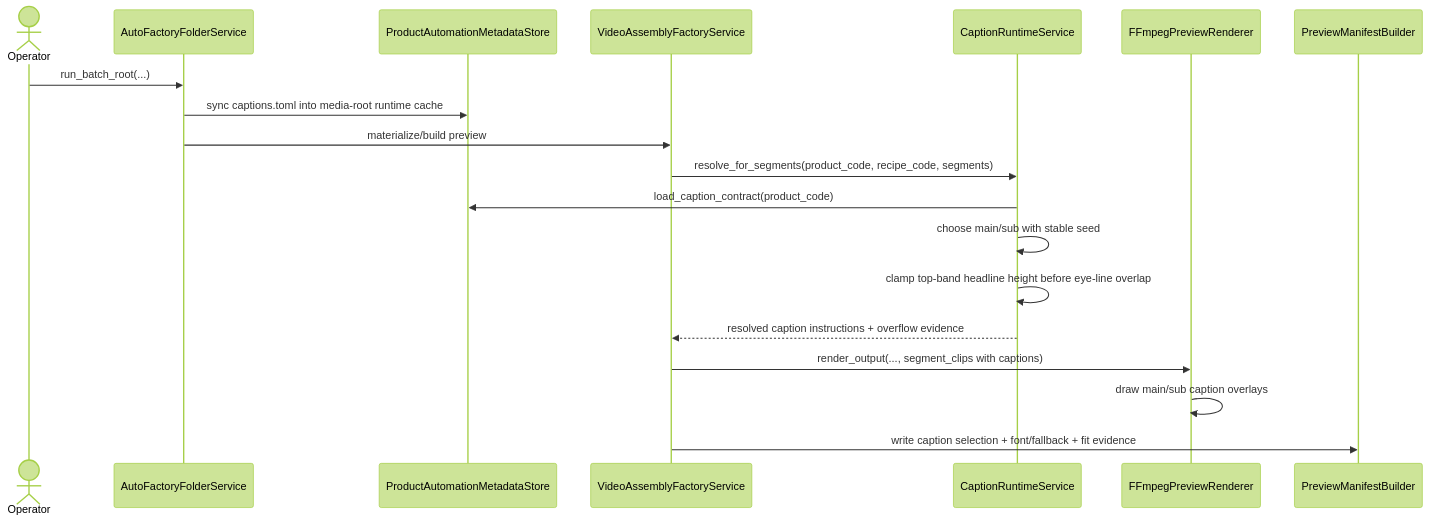
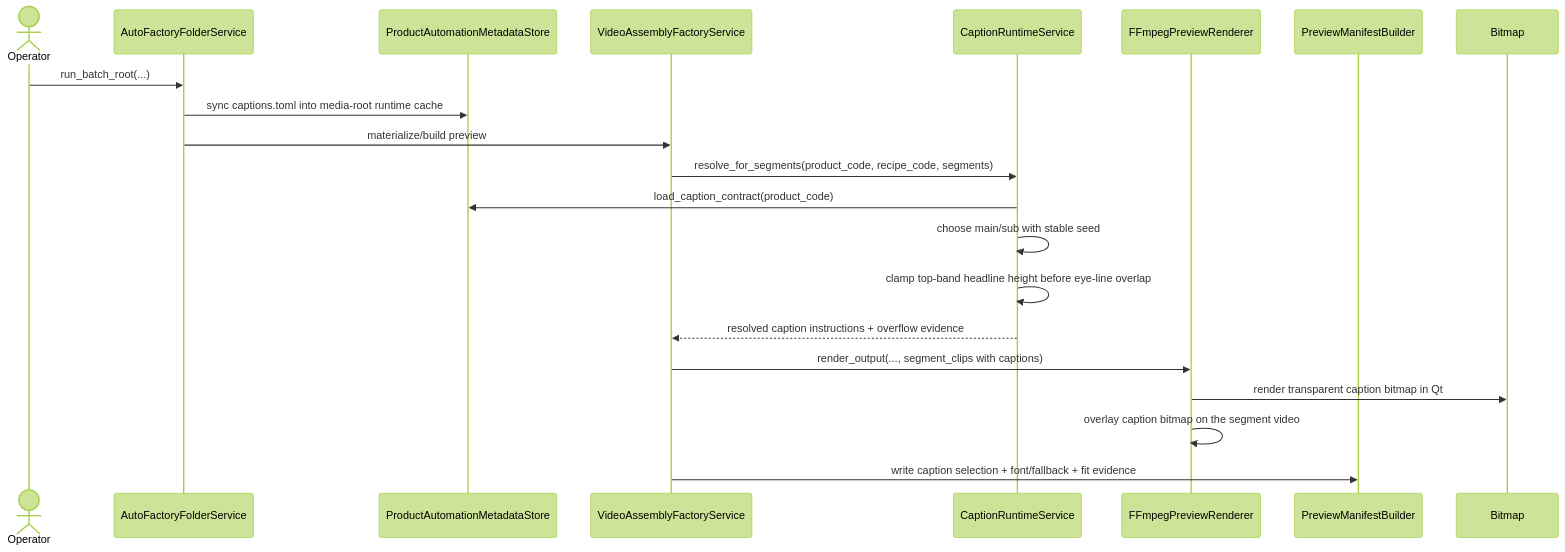
One commit to idev006/MTClipFactory changed diagram 27 of 35 in doc/10_UML_System_Overview.md. Above: the diagram before and after it, drawn with Mermaid (forest theme). The commit also changed other lines of this file and 13 other files, not shown here.

Commit message:
Render captions as Qt bitmap overlays

````diff
--- a/doc/10_UML_System_Overview.md
+++ b/doc/10_UML_System_Overview.md
@@ -1232,22 +1240,23 @@
 ```mermaid
 sequenceDiagram
     actor Operator
     participant FolderSvc as AutoFactoryFolderService
     participant Meta as ProductAutomationMetadataStore
     participant Factory as VideoAssemblyFactoryService
     participant Caption as CaptionRuntimeService
     participant Render as FFmpegPreviewRenderer
     participant Manifest as PreviewManifestBuilder
 
     Operator->>FolderSvc: run_batch_root(...)
     FolderSvc->>Meta: sync captions.toml into media-root runtime cache
     FolderSvc->>Factory: materialize/build preview
     Factory->>Caption: resolve_for_segments(product_code, recipe_code, segments)
     Caption->>Meta: load_caption_contract(product_code)
     Caption->>Caption: choose main/sub with stable seed
     Caption->>Caption: clamp top-band headline height before eye-line overlap
     Caption-->>Factory: resolved caption instructions + overflow evidence
     Factory->>Render: render_output(..., segment_clips with captions)
-    Render->>Render: draw main/sub caption overlays
+    Render->>Bitmap: render transparent caption bitmap in Qt
+    Render->>Render: overlay caption bitmap on the segment video
     Factory->>Manifest: write caption selection + font/fallback + fit evidence
 ```
````
